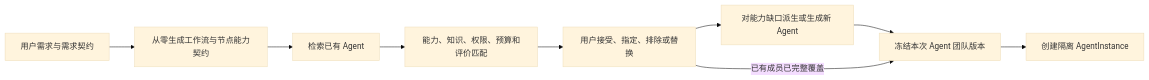
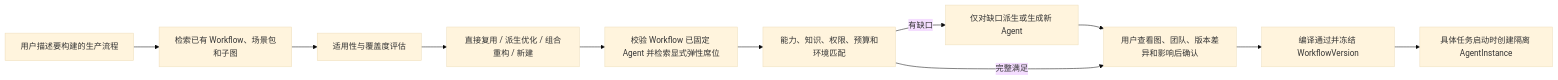
Before and after one commit to Logayan/agent-arena: the second of 4 diagrams in docs/04-design/agent-society-and-workflow-factory.md, drawn with Mermaid (base theme). The commit also changed other lines of this file and 29 other files, not shown here.

````diff
--- a/docs/04-design/agent-society-and-workflow-factory.md
+++ b/docs/04-design/agent-society-and-workflow-factory.md
@@ -92,15 +144,18 @@
 ```mermaid
 flowchart LR
-    R["用户需求与需求契约"]
-    W["从零生成工作流与节点能力契约"]
-    S["检索已有 Agent"]
-    C["能力、知识、权限、预算和评价匹配"]
-    U["用户接受、指定、排除或替换"]
-    G["对能力缺口派生或生成新 Agent"]
-    T["冻结本次 Agent 团队版本"]
-    I["创建隔离 AgentInstance"]
+    R["用户描述要构建的生产流程"]
+    WR["检索已有 Workflow、场景包和子图"]
+    F["适用性与覆盖度评估"]
+    W["直接复用 / 派生优化 / 组合重构 / 新建"]
+    S["校验 Workflow 已固定 Agent 并检索显式弹性席位"]
+    C["能力、知识、权限、预算和环境匹配"]
+    G["仅对缺口派生或生成新 Agent"]
+    U["用户查看图、团队、版本差异和影响后确认"]
+    T["编译通过并冻结 WorkflowVersion"]
+    I["具体任务启动时创建隔离 AgentInstance"]
 
-    R --> W --> S --> C --> U
-    U --> G --> T --> I
-    U -->|"已有成员已完整覆盖"| T
+    R --> WR --> F --> W --> S --> C
+    C -->|"有缺口"| G --> U
+    C -->|"完整满足"| U
+    U --> T --> I
 ```
````
